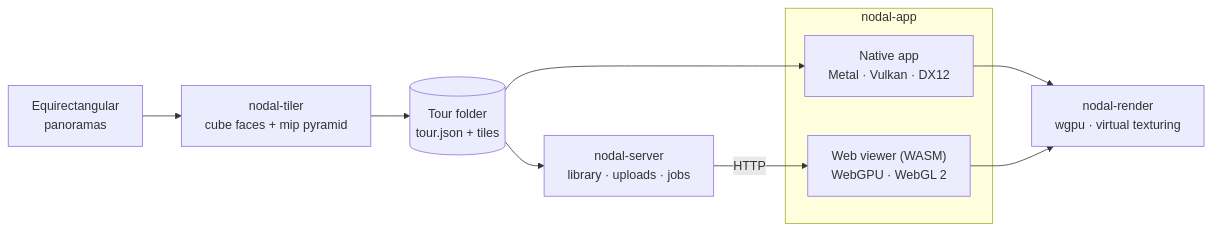
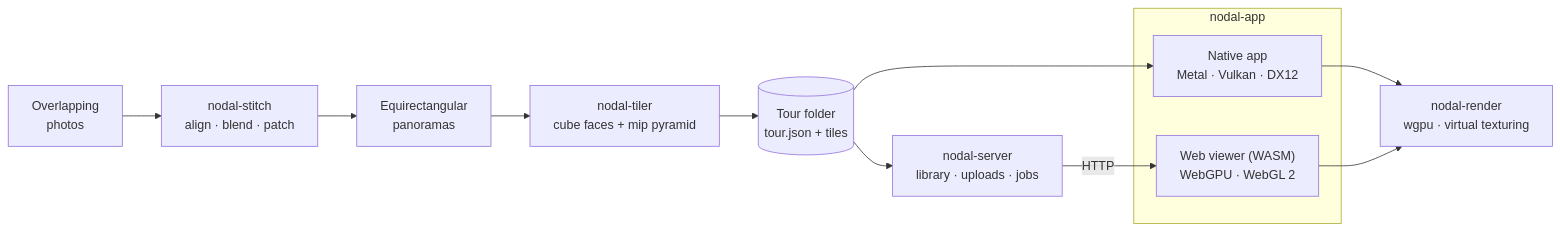
One commit to au12/Nodal changed the diagram in README.md. Above: the diagram before and after it, drawn with Mermaid. The commit also changed other lines of this file and 13 other files, not shown here.

First line of the commit message:
Nodal 0.2.0: stitching docs, changelog and roadmap; trim partial panoramas; pole-patch priors

````diff
--- a/README.md
+++ b/README.md
@@ -177,14 +234,16 @@
 ```mermaid
 flowchart LR
+    photos["Overlapping<br/>photos"] --> stitch["nodal-stitch<br/>align · blend · patch"]
+    stitch --> pano
     pano["Equirectangular<br/>panoramas"] --> tiler["nodal-tiler<br/>cube faces + mip pyramid"]
     tiler --> tour[("Tour folder<br/>tour.json + tiles")]
     tour --> server["nodal-server<br/>library · uploads · jobs"]
     tour --> native
     server -- HTTP --> web
     subgraph app ["nodal-app"]
         native["Native app<br/>Metal · Vulkan · DX12"]
         web["Web viewer (WASM)<br/>WebGPU · WebGL 2"]
     end
     native --> render["nodal-render<br/>wgpu · virtual texturing"]
     web --> render
 ```
````
